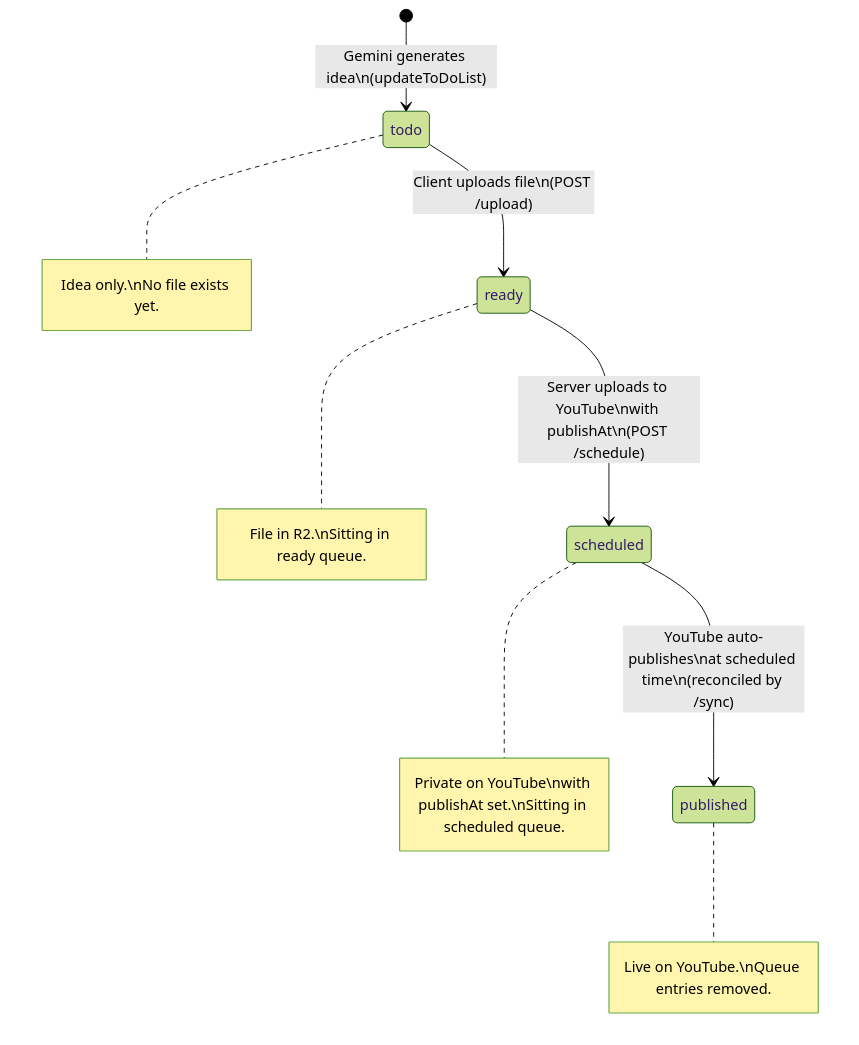
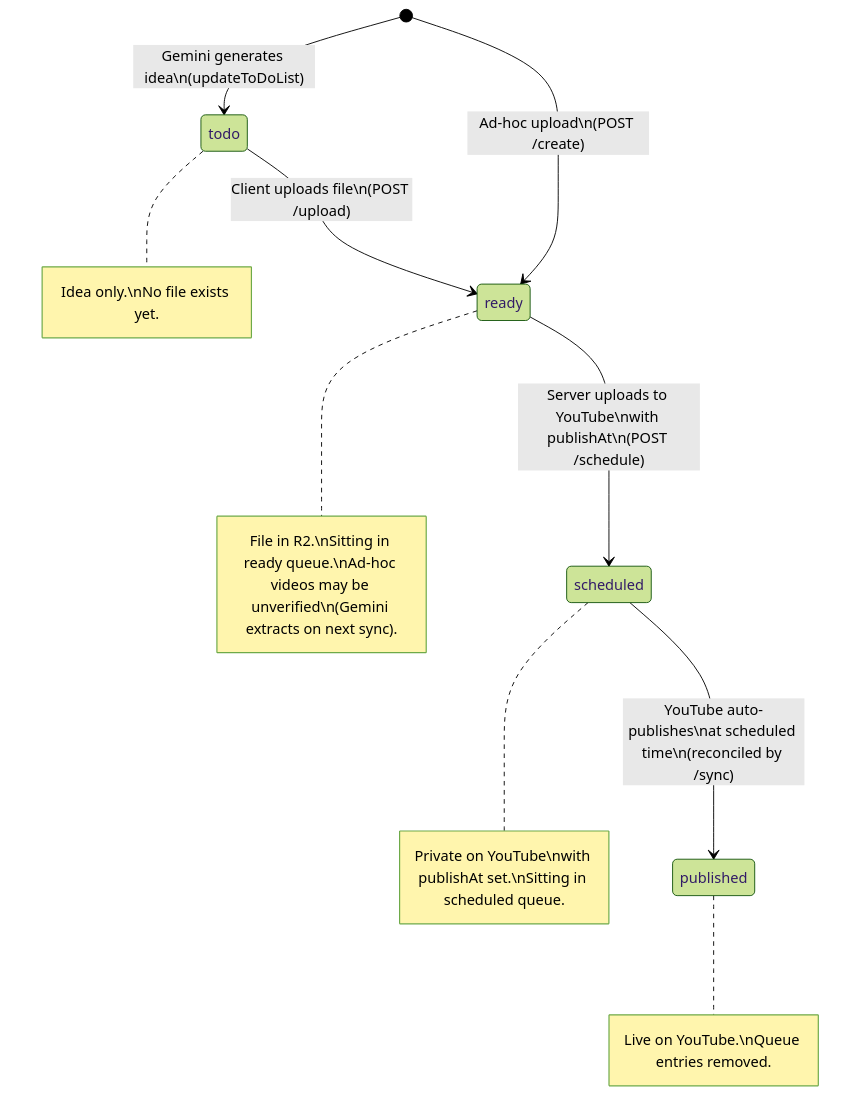
One commit to pratham2908/server-automation changed the first of 8 diagrams in DOCUMENTATION.md. Above: the diagram before and after it, drawn with Mermaid (forest theme). The commit also changed other lines of this file and 2 other files, not shown here.

Commit message:
feat: improve instagram reel sync and refresh logic

````diff
--- a/DOCUMENTATION.md
+++ b/DOCUMENTATION.md
@@ -1734,12 +1767,13 @@
 ```mermaid
 stateDiagram-v2
     [*] --> todo: Gemini generates idea\n(updateToDoList)
+    [*] --> ready: Ad-hoc upload\n(POST /create)
     todo --> ready: Client uploads file\n(POST /upload)
     ready --> scheduled: Server uploads to YouTube\nwith publishAt\n(POST /schedule)
     scheduled --> published: YouTube auto-publishes\nat scheduled time\n(reconciled by /sync)
 
     note right of todo: Idea only.\nNo file exists yet.
-    note right of ready: File in R2.\nSitting in ready queue.
+    note right of ready: File in R2.\nSitting in ready queue.\nAd-hoc videos may be unverified\n(Gemini extracts on next sync).
     note right of scheduled: Private on YouTube\nwith publishAt set.\nSitting in scheduled queue.
     note right of published: Live on YouTube.\nQueue entries removed.
 ```
````
